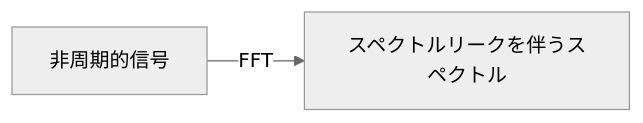
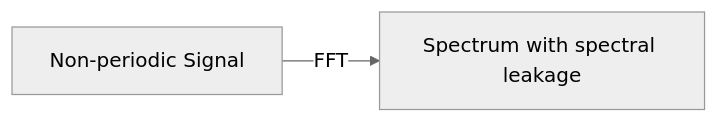
One commit to neetjack/neetjack.github.io changed the first of 2 diagrams in src/content/posts/Windowing/windowing-JP.md. Above: the diagram before and after it, drawn with Mermaid (neutral theme). The commit also changed other lines of this file and 1 other file, not shown here.

````diff
--- a/src/content/posts/Windowing/windowing-JP.md
+++ b/src/content/posts/Windowing/windowing-JP.md
@@ -81,4 +81,4 @@
 ```mermaid
 graph LR;
-    A[非周期的信号] --> |FFT| B[スペクトルリークを伴うスペクトル];
+   A[Non-periodic Signal] --> |FFT| B[Spectrum with spectral leakage];
 ```
````
